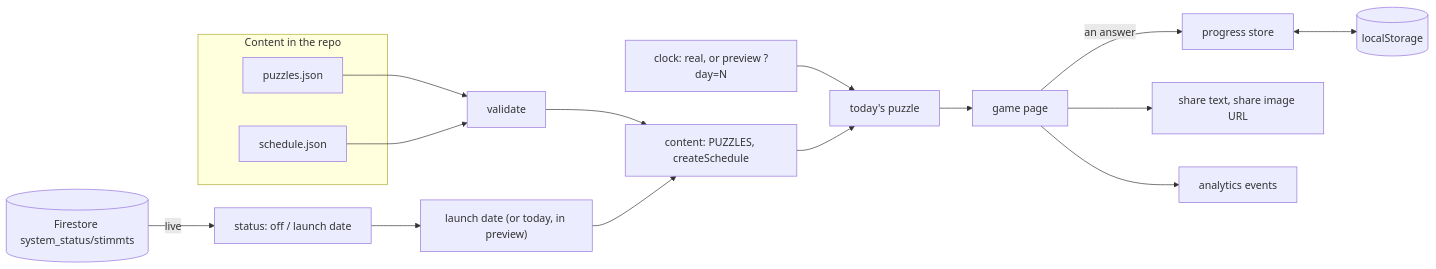
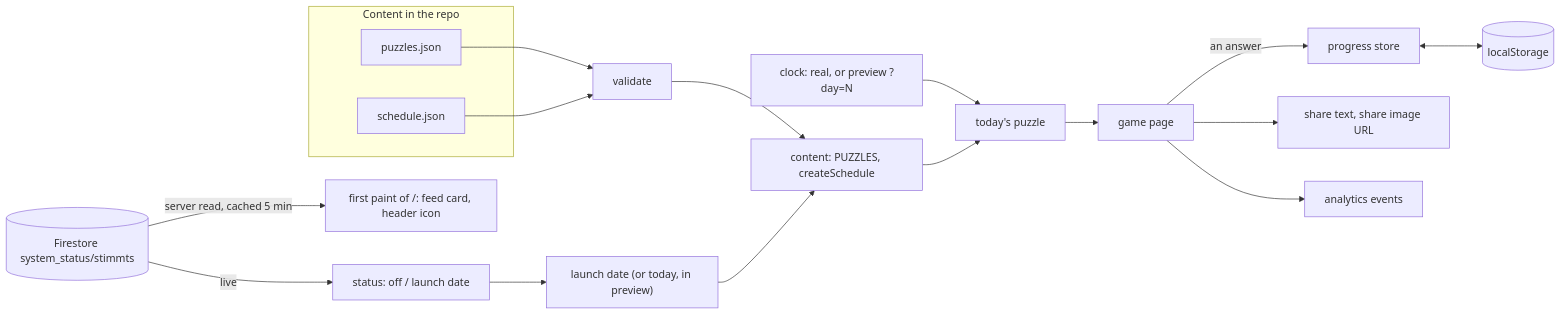
One commit to wahl-chat/wahl-chat-app changed the second of 2 diagrams in docs/stimmts/DESIGN.md. Above: the diagram before and after it, drawn with Mermaid. The commit also changed other lines of this file and 2 other files, not shown here.

Commit message:
docs(stimmts): describe the feed card, header icon, start screen and server read

````diff
--- a/docs/stimmts/DESIGN.md
+++ b/docs/stimmts/DESIGN.md
@@ -189,20 +214,21 @@
 ```mermaid
 flowchart LR
   subgraph Repo["Content in the repo"]
     P[puzzles.json]
     S[schedule.json]
   end
   F[("Firestore system_status/stimmts")] -- live --> ST["status: off / launch date"]
+  F -- "server read, cached 5 min" --> SR["first paint of /: feed card, header icon"]
   P --> V[validate]
   S --> V
   V --> C["content: PUZZLES, createSchedule"]
   ST --> L["launch date (or today, in preview)"]
   L --> C
   K["clock: real, or preview ?day=N"] --> T["today's puzzle"]
   C --> T
   T --> UI["game page"]
   UI -- "an answer" --> PS["progress store"]
   PS <--> LS[("localStorage")]
   UI --> SH["share text, share image URL"]
   UI --> AN["analytics events"]
 ```
````
